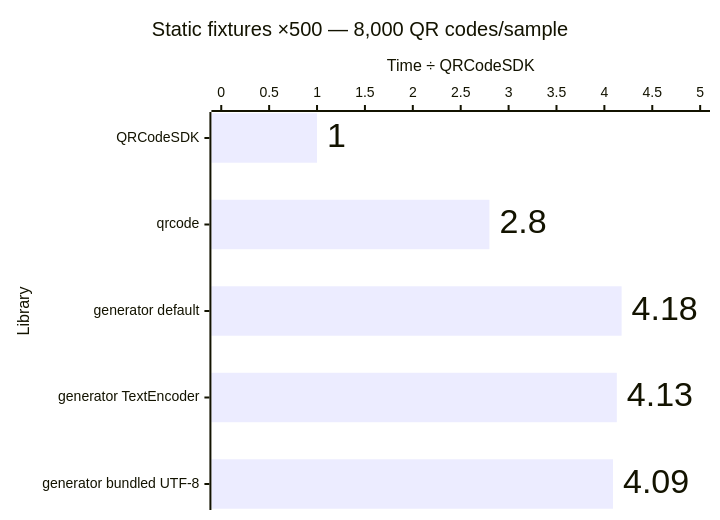
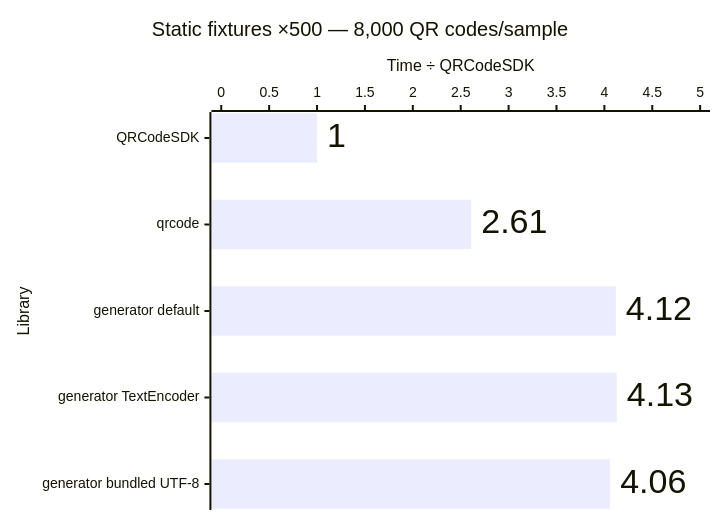
The fifth of 12 diagrams in apps/docs/src/content/docs/advanced/performance.md (Dafnik/qrcodesdk), drawn with Mermaid before and after one commit. The commit also changed other lines of this file and 12 other files, not shown here.

````diff
--- a/apps/docs/src/content/docs/advanced/performance.md
+++ b/apps/docs/src/content/docs/advanced/performance.md
@@ -89,15 +89,15 @@
 ```mermaid
 ---
 config:
   xyChart:
     showDataLabel: true
     showDataLabelOutsideBar: true
 ---
 xychart horizontal
   accTitle: Matrix generation: Static fixtures ×500 — 8,000 QR codes/sample
-  accDescr: Relative median time compared with QRCodeSDK. QRCodeSDK 1.00 times, qrcode 2.80 times, generator default 4.18 times, generator TextEncoder 4.13 times, generator bundled UTF-8 4.09 times. Lower is better.
+  accDescr: Relative median time compared with QRCodeSDK. QRCodeSDK 1.00 times, qrcode 2.61 times, generator default 4.12 times, generator TextEncoder 4.13 times, generator bundled UTF-8 4.06 times. Lower is better.
   title "Static fixtures ×500 — 8,000 QR codes/sample"
   x-axis "Library" ["QRCodeSDK", "qrcode", "generator default", "generator TextEncoder", "generator bundled UTF-8"]
   y-axis "Time ÷ QRCodeSDK" 0 --> 5.0
-  bar [1.00, 2.80, 4.18, 4.13, 4.09]
+  bar [1.00, 2.61, 4.12, 4.13, 4.06]
 ```
````
